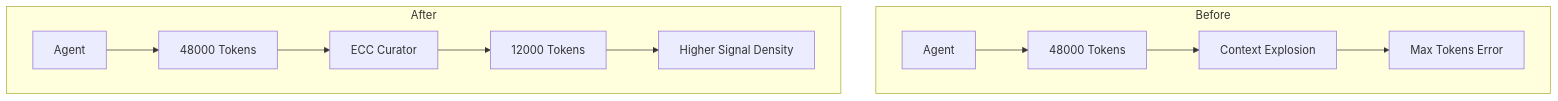
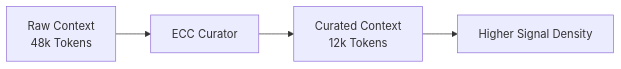
Before and after one commit to ddias-dev/ecc-curator: the diagram in README.md, drawn with Mermaid. The commit also changed other lines of this file, not shown here.

First line of the commit message:
docs: Revise README for clarity on ECC Curator's purpose

````diff
--- a/README.md
+++ b/README.md
@@ -129,27 +94,12 @@
 ```mermaid
-flowchart TB
+flowchart LR
 
-    subgraph Before
-        A["Agent"]
-        B["48000 Tokens"]
-        C["Context Explosion"]
-        D["Max Tokens Error"]
+    A["Raw Context<br/>48k Tokens"]
+    B["ECC Curator"]
+    C["Curated Context<br/>12k Tokens"]
+    D["Higher Signal Density"]
 
-        A --> B
-        B --> C
-        C --> D
-    end
-
-    subgraph After
-        E["Agent"]
-        F["48000 Tokens"]
-        G["ECC Curator"]
-        H["12000 Tokens"]
-        I["Higher Signal Density"]
-
-        E --> F
-        F --> G
-        G --> H
-        H --> I
-    end
+    A --> B
+    B --> C
+    C --> D
 ```
````
